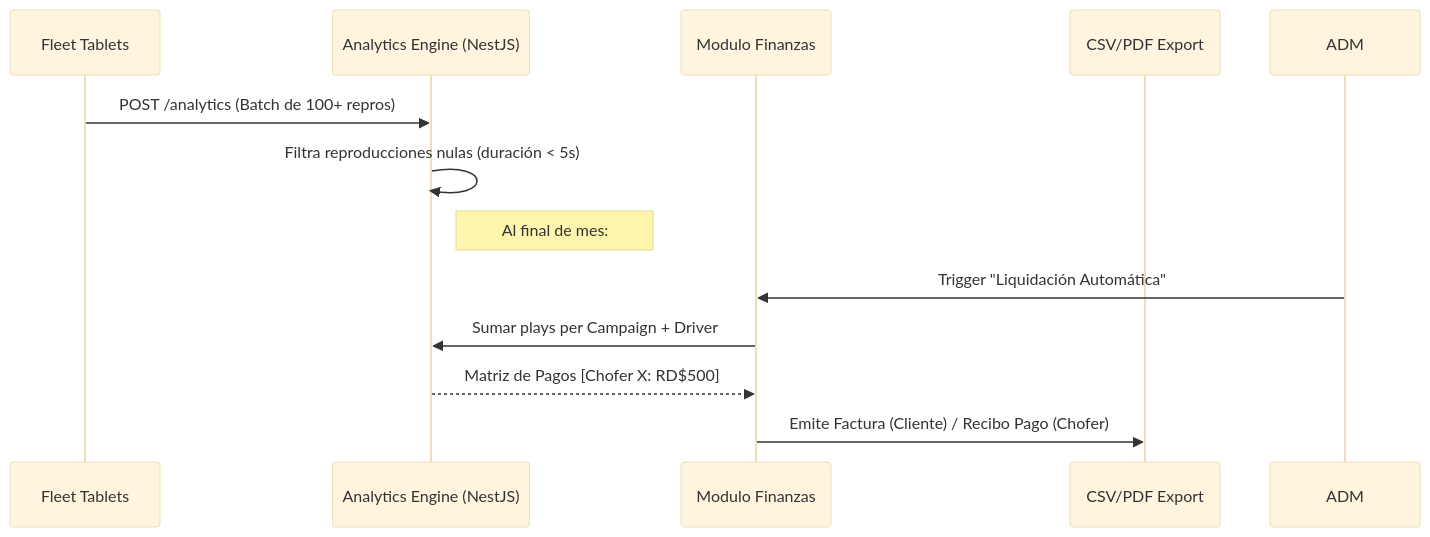
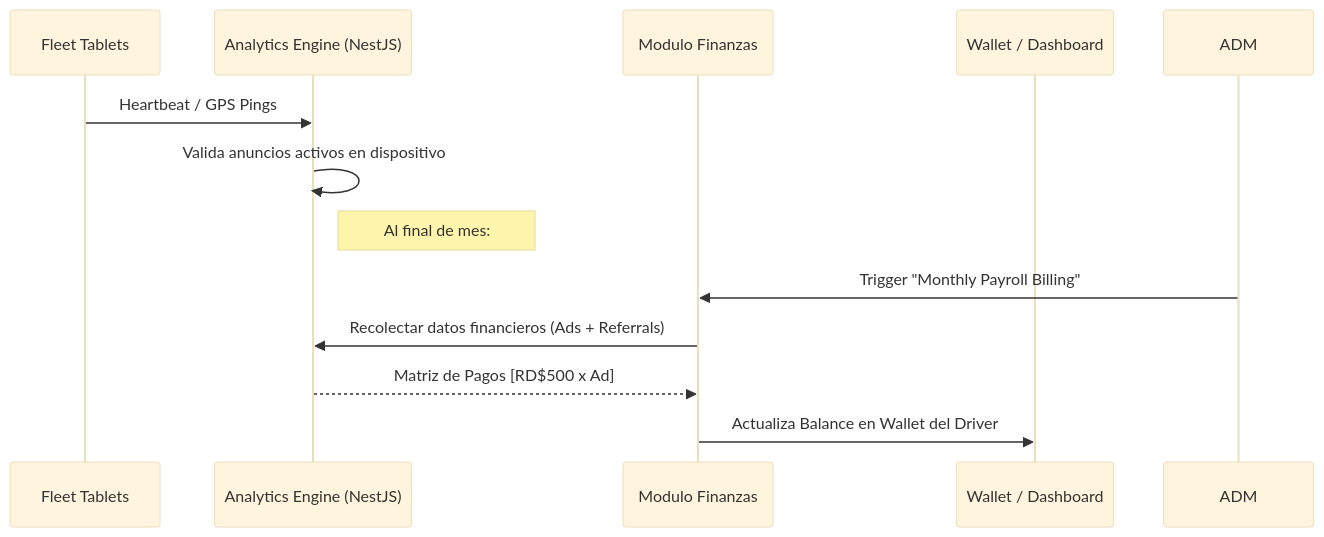
Before and after one commit to tadtaxiadvertising/tad-dooh-platform: the fourth of 4 diagrams in 04_flujo_operativo_tad.md, drawn with Mermaid (base theme). The commit also changed other lines of this file and 16 other files, not shown here.

````diff
--- a/04_flujo_operativo_tad.md
+++ b/04_flujo_operativo_tad.md
@@ -106,16 +103,16 @@
 ```mermaid
 sequenceDiagram
     participant TBL as Fleet Tablets
     participant BKN as Analytics Engine (NestJS)
     participant FIN as Modulo Finanzas
-    participant EXT as CSV/PDF Export
+    participant EXT as Wallet / Dashboard
 
-    TBL->>BKN: POST /analytics (Batch de 100+ repros)
-    BKN->>BKN: Filtra reproducciones nulas (duración < 5s)
+    TBL->>BKN: Heartbeat / GPS Pings
+    BKN->>BKN: Valida anuncios activos en dispositivo
     
     Note right of BKN: Al final de mes:
-    ADM->>FIN: Trigger "Liquidación Automática"
-    FIN->>BKN: Sumar plays per Campaign + Driver
-    BKN-->>FIN: Matriz de Pagos [Chofer X: RD$500]
-    FIN->>EXT: Emite Factura (Cliente) / Recibo Pago (Chofer)
+    ADM->>FIN: Trigger "Monthly Payroll Billing"
+    FIN->>BKN: Recolectar datos financieros (Ads + Referrals)
+    BKN-->>FIN: Matriz de Pagos [RD$500 x Ad]
+    FIN->>EXT: Actualiza Balance en Wallet del Driver
 ```
````
